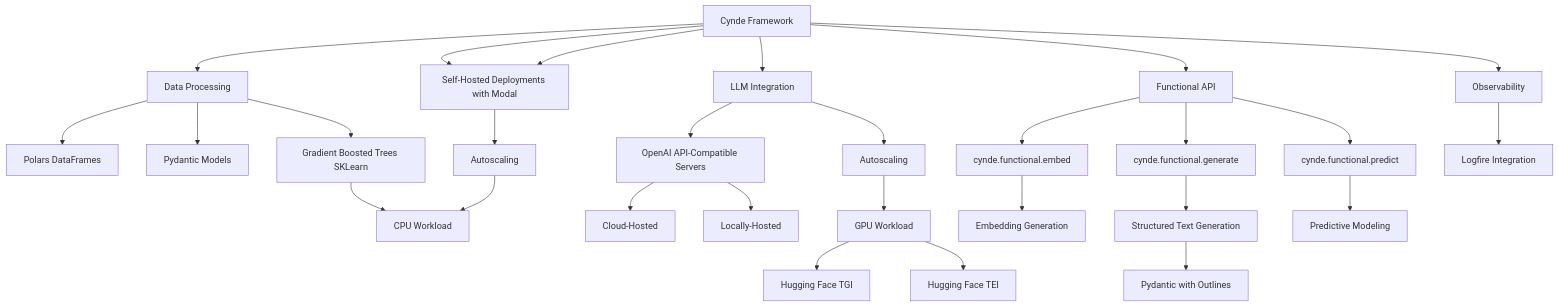
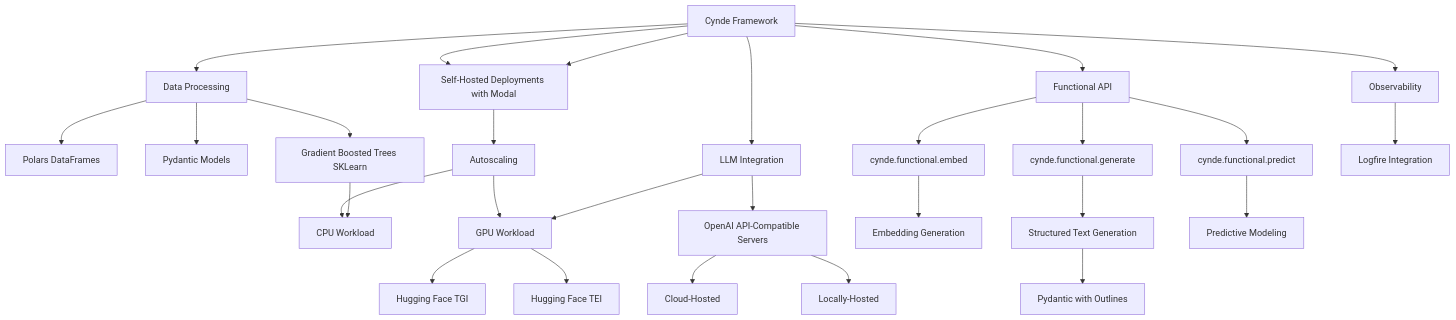
The diagram in drawings.md (Neural-Dragon-AI/Cynde), drawn with Mermaid before and after one commit.

````diff
--- a/drawings.md
+++ b/drawings.md
@@ -3,35 +3,35 @@
 ```mermaid
 graph TD
     A[Cynde Framework] --> B[Data Processing]
     B --> C[Polars DataFrames]
     B --> D[Pydantic Models]
     B --> E[Gradient Boosted Trees SKLearn]
     A --> P[Self-Hosted Deployments with Modal]
 
     P --> F[Autoscaling]
     F --> G[CPU Workload]
     E --> G
+    F --> M[GPU Workload]
 
     A --> H[LLM Integration]
     H --> I[OpenAI API-Compatible Servers]
     I --> J[Cloud-Hosted]
     I --> K[Locally-Hosted]
-    H --> L[Autoscaling]
-    L --> M[GPU Workload]
+    H --> M
     M --> N[Hugging Face TGI]
     M --> O[Hugging Face TEI]
 
     A --> P[Self-Hosted Deployments with Modal]
 
     A --> Q[Functional API]
     Q --> R[cynde.functional.embed]
     R --> S[Embedding Generation]
     Q --> T[cynde.functional.generate]
     T --> U[Structured Text Generation]
     U --> V[Pydantic with Outlines]
     Q --> W[cynde.functional.predict]
     W --> X[Predictive Modeling]
 
     A --> Y[Observability]
     Y --> Z[Logfire Integration]
 ```
````
